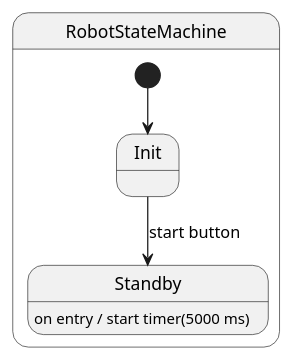
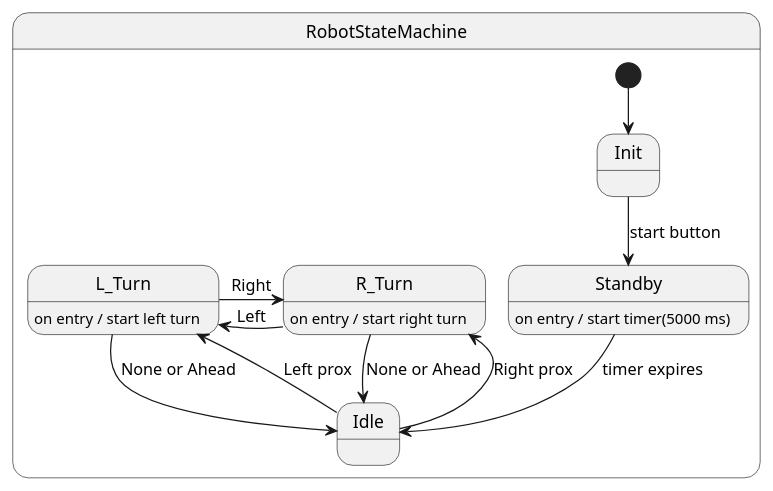
Before and after one commit to penguinencounter/scanbot: the diagram in statechart.puml, drawn with PlantUML. The commit also changed 9 other files, not shown here.

```diff
--- a/statechart.puml
+++ b/statechart.puml
@@ -1,7 +1,16 @@
 @startuml
 state RobotStateMachine {
     [*] --> Init
     Init --> Standby : start button
     Standby : on entry / start timer(5000 ms)
+    Standby --> Idle : timer expires
+    Idle --> L_Turn : Left prox
+    Idle --> R_Turn : Right prox
+    L_Turn : on entry / start left turn
+    R_Turn : on entry / start right turn
+    L_Turn -> R_Turn : Right
+    R_Turn -> L_Turn : Left
+    L_Turn --> Idle : None or Ahead
+    R_Turn --> Idle : None or Ahead
 }
 @enduml
```
